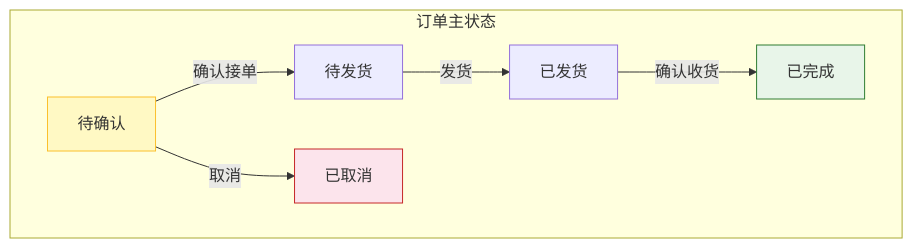
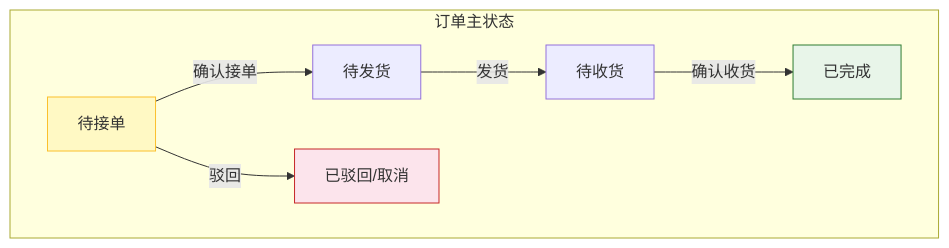
Before and after one commit to LinYuanxia/gongchengcang: the first of 3 diagrams in prd-docs/supplier/07-订单管理功能设计.md, drawn with Mermaid. The commit also changed other lines of this file and 40765 other files, not shown here.

````diff
--- a/prd-docs/supplier/07-订单管理功能设计.md
+++ b/prd-docs/supplier/07-订单管理功能设计.md
@@ -255,12 +444,12 @@
 ```mermaid
 graph TB
     subgraph 订单主状态
-        A[待确认] -->|确认接单| B[待发货]
-        B -->|发货| C[已发货]
+        A[待接单] -->|确认接单| B[待发货]
+        B -->|发货| C[待收货]
         C -->|确认收货| D[已完成]
-        A -->|取消| E[已取消]
+        A -->|驳回| E[已驳回/取消]
     end
     style A fill:#fff9c4,stroke:#fbc02d
     style D fill:#e8f5e9,stroke:#2e7d32
     style E fill:#fce4ec,stroke:#c62828
 ```
````
